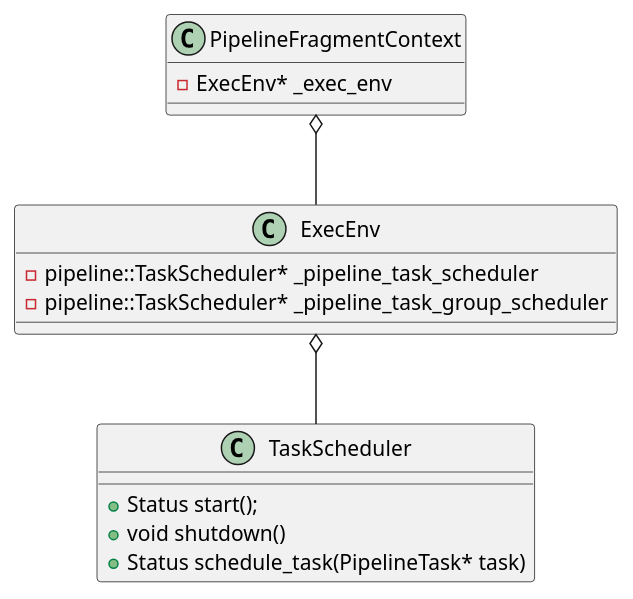
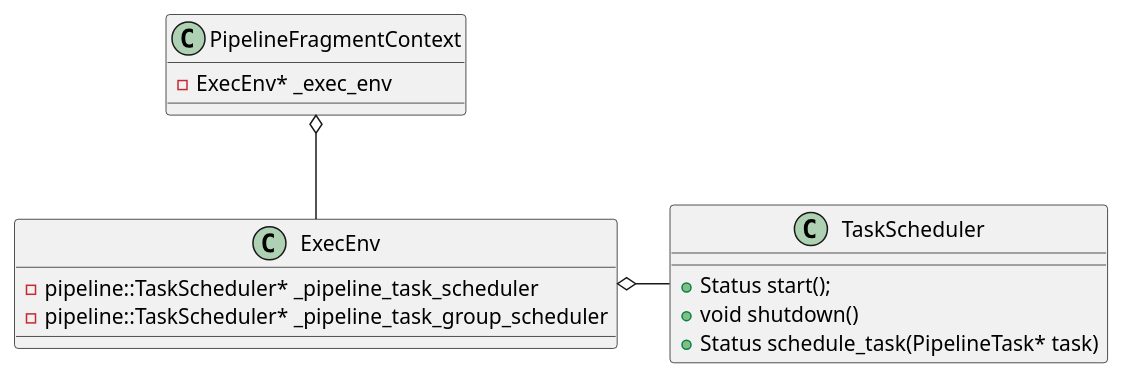
The fifth of 11 diagrams in doc/DB/Doris/SourceRead/10_Pipeline.md (DepInjoy/geektime), drawn with PlantUML before and after one commit. The commit also changed other lines of this file, not shown here.

````diff
--- a/doc/DB/Doris/SourceRead/10_Pipeline.md
+++ b/doc/DB/Doris/SourceRead/10_Pipeline.md
@@ -191,21 +464,21 @@
 ```plantuml
 @startuml
 class PipelineFragmentContext {
  - ExecEnv* _exec_env
 }
 
 class ExecEnv {
     - pipeline::TaskScheduler* _pipeline_task_scheduler
     - pipeline::TaskScheduler* _pipeline_task_group_scheduler 
 }
 
 class TaskScheduler {
  + Status start();
  + void shutdown()
  + Status schedule_task(PipelineTask* task)
 }
 
 ExecEnv -up-o PipelineFragmentContext
-TaskScheduler -up-o ExecEnv
+TaskScheduler -left-o ExecEnv
 @enduml
 ```
````
